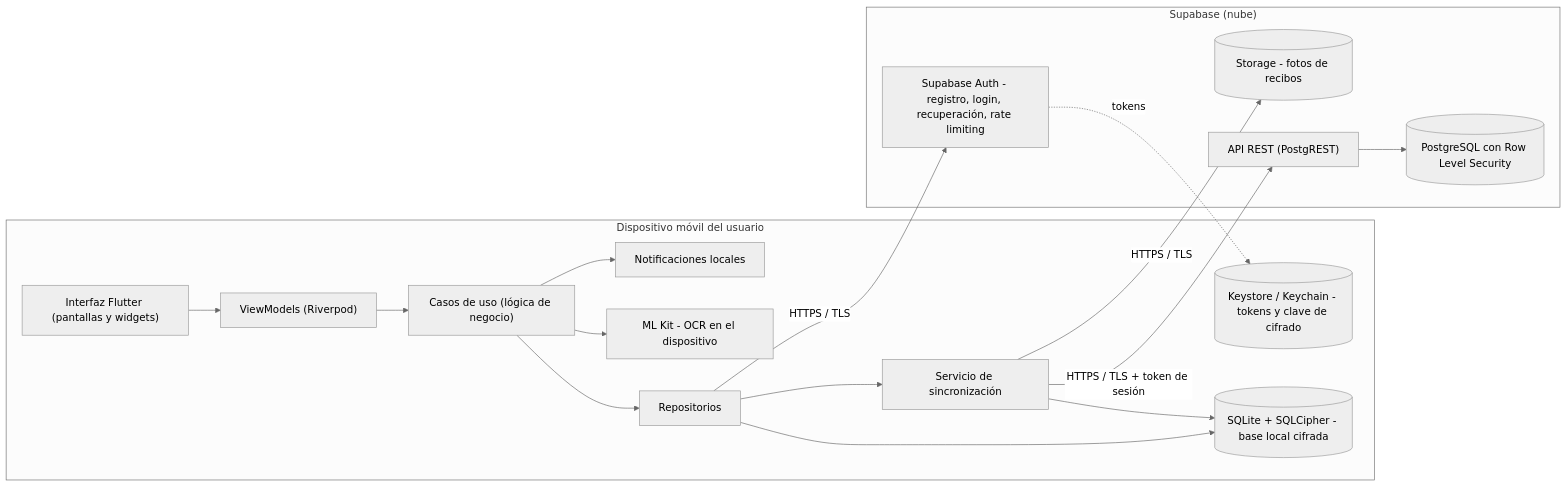
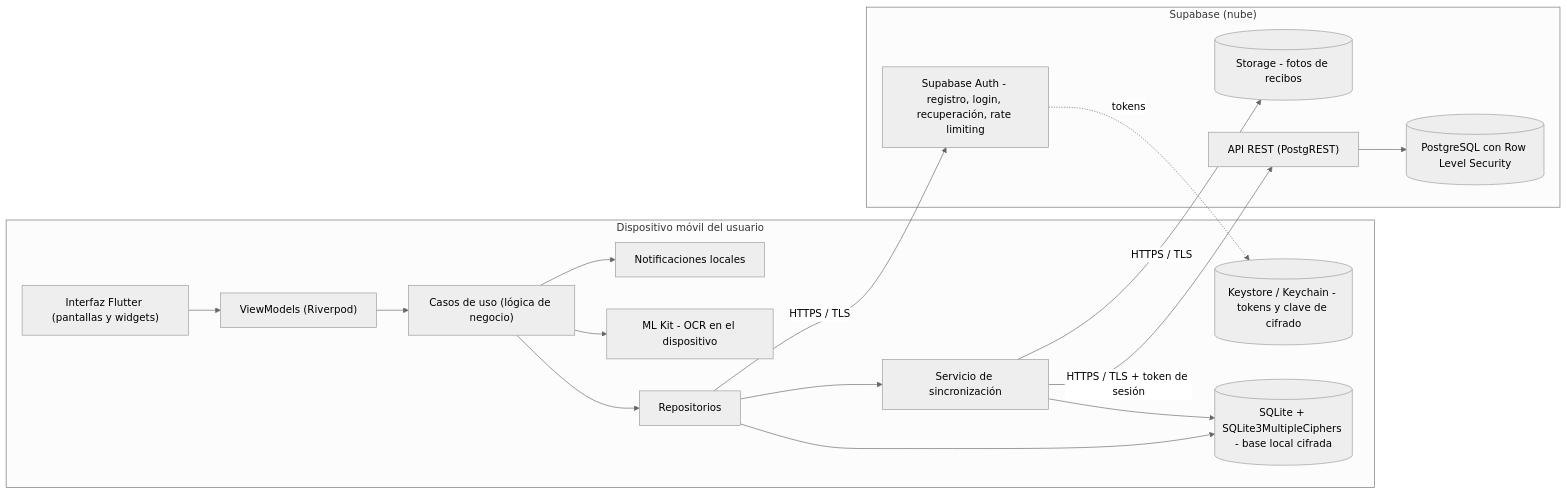
The first of 2 diagrams in docs/06-arquitectura.md (Aryeisor/MisLukas), drawn with Mermaid (neutral theme) before and after one commit. The commit also changed other lines of this file and 71 other files, not shown here.

Commit message:
Fase 4A: dominio, casos de uso y base local cifrada con Drift

````diff
--- a/docs/06-arquitectura.md
+++ b/docs/06-arquitectura.md
@@ -97,31 +97,31 @@
 ```mermaid
 flowchart LR
     subgraph DISP["Dispositivo móvil del usuario"]
         UI["Interfaz Flutter (pantallas y widgets)"]
         VM["ViewModels (Riverpod)"]
         UC["Casos de uso (lógica de negocio)"]
         REPO["Repositorios"]
         SYNC["Servicio de sincronización"]
-        DB[("SQLite + SQLCipher - base local cifrada")]
+        DB[("SQLite + SQLite3MultipleCiphers - base local cifrada")]
         SEC[("Keystore / Keychain - tokens y clave de cifrado")]
         OCR["ML Kit - OCR en el dispositivo"]
         NOTIF["Notificaciones locales"]
         UI --> VM --> UC --> REPO
         REPO --> DB
         REPO --> SYNC
         UC --> OCR
         UC --> NOTIF
         SYNC --> DB
     end
     subgraph NUBE["Supabase (nube)"]
         AUTH["Supabase Auth - registro, login, recuperación, rate limiting"]
         API["API REST (PostgREST)"]
         PG[("PostgreSQL con Row Level Security")]
         ST[("Storage - fotos de recibos")]
         API --> PG
     end
     REPO -- "HTTPS / TLS" --> AUTH
     SYNC -- "HTTPS / TLS + token de sesión" --> API
     SYNC -- "HTTPS / TLS" --> ST
     AUTH -. "tokens" .-> SEC
 ```
````
